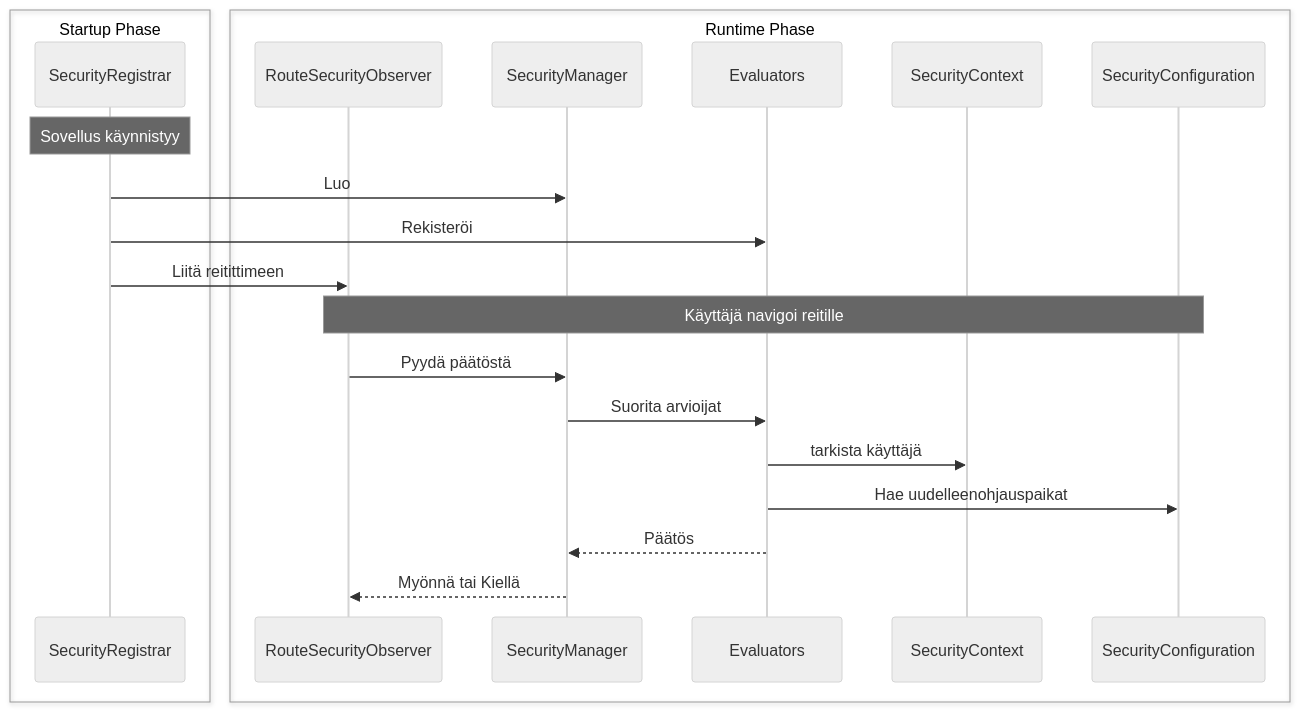
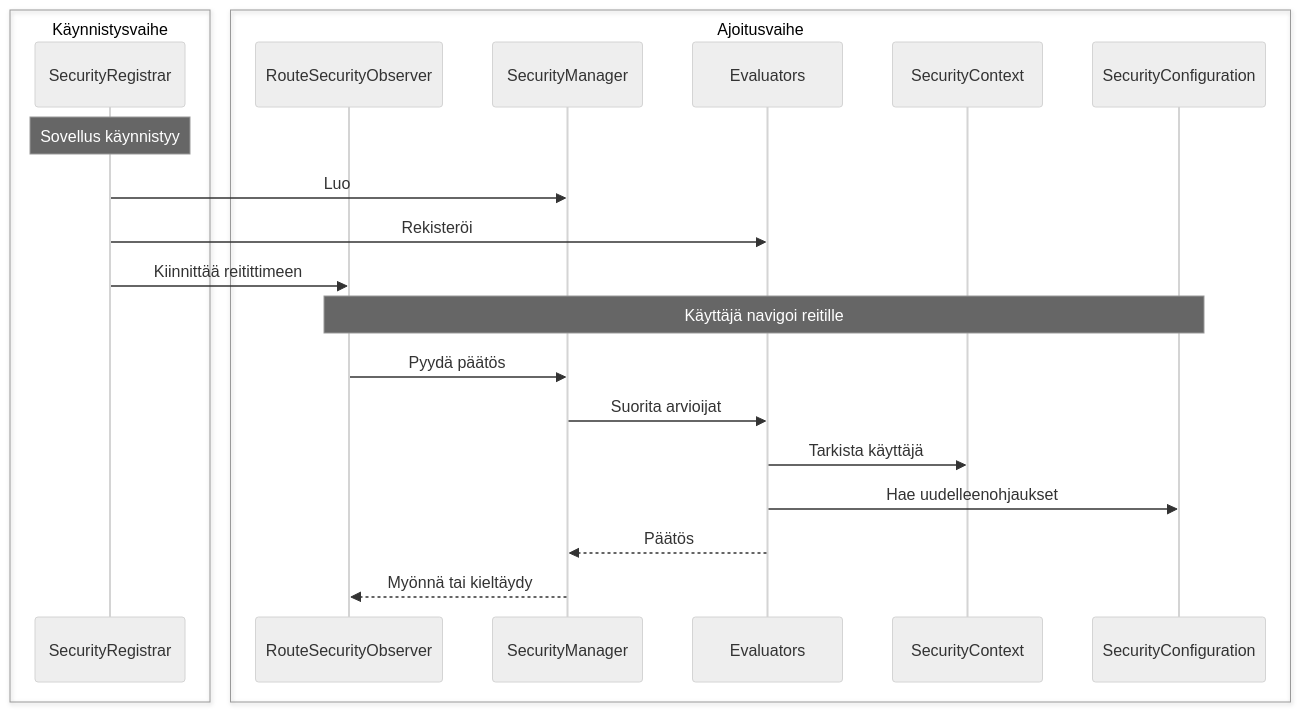
The diagram in docs/i18n/fi/docusaurus-plugin-content-docs/current/security/architecture/custom-implementation.md (webforj/webforj-documentation), drawn with Mermaid (neutral theme) before and after one commit. The commit also changed other lines of this file and 389 other files, not shown here.

````diff
--- a/docs/i18n/fi/docusaurus-plugin-content-docs/current/security/architecture/custom-implementation.md
+++ b/docs/i18n/fi/docusaurus-plugin-content-docs/current/security/architecture/custom-implementation.md
@@ -25,26 +25,26 @@
 ```mermaid
 sequenceDiagram
-    box Startup Phase
-    participant Registrar as SecurityRegistrar
-    end
-    box Runtime Phase
-    participant Observer as RouteSecurityObserver
-    participant Manager as SecurityManager
-    participant Evaluators
-    participant Context as SecurityContext
-    participant Config as SecurityConfiguration
-    end
+  box Käynnistysvaihe
+  participant Registrar as SecurityRegistrar
+  end
+  box Ajoitusvaihe
+  participant Observer as RouteSecurityObserver
+  participant Manager as SecurityManager
+  participant Evaluators
+  participant Context as SecurityContext
+  participant Config as SecurityConfiguration
+  end
 
-    Note over Registrar: Sovellus käynnistyy
-    Registrar->>Manager: Luo
-    Registrar->>Evaluators: Rekisteröi
-    Registrar->>Observer: Liitä reitittimeen
+  Note over Registrar: Sovellus käynnistyy
+  Registrar->>Manager: Luo
+  Registrar->>Evaluators: Rekisteröi
+  Registrar->>Observer: Kiinnittää reitittimeen
 
-    Note over Observer,Config: Käyttäjä navigoi reitille
-    Observer->>Manager: Pyydä päätöstä
-    Manager->>Evaluators: Suorita arvioijat
-    Evaluators->>Context: tarkista käyttäjä
-    Evaluators->>Config: Hae uudelleenohjauspaikat
-    Evaluators-->>Manager: Päätös
-    Manager-->>Observer: Myönnä tai Kiellä
+  Note over Observer,Config: Käyttäjä navigoi reitille
+  Observer->>Manager: Pyydä päätös
+  Manager->>Evaluators: Suorita arvioijat
+  Evaluators->>Context: Tarkista käyttäjä
+  Evaluators->>Config: Hae uudelleenohjaukset
+  Evaluators-->>Manager: Päätös
+  Manager-->>Observer: Myönnä tai kieltäydy
 ```
````
